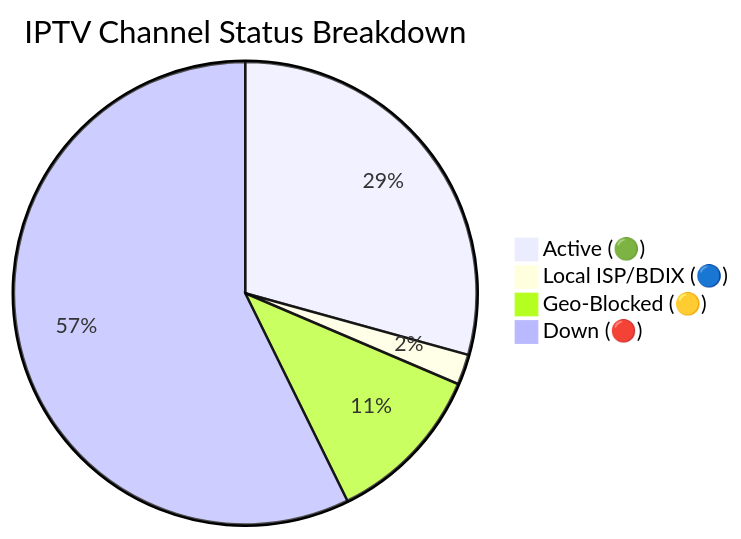
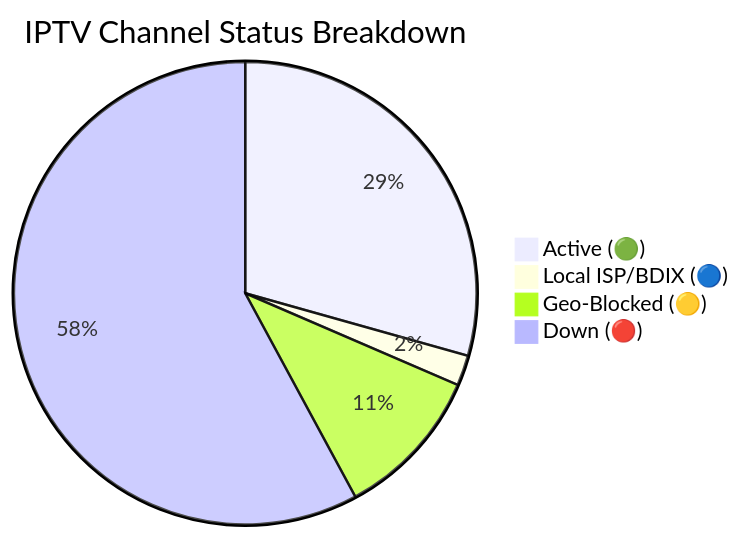
The diagram in README.md (andreataylord/Ip-tv-Collection), drawn with Mermaid before and after one commit. The commit also changed other lines of this file and 1 other file, not shown here.

Commit message:
docs(readme): auto-update daily channel status chart

````diff
--- a/README.md
+++ b/README.md
@@ -59,7 +59,7 @@
 ```mermaid
 pie title IPTV Channel Status Breakdown
-    "Active (🟢)" : 1765
+    "Active (🟢)" : 1769
     "Local ISP/BDIX (🔵)" : 128
-    "Geo-Blocked (🟡)" : 681
-    "Down (🔴)" : 3451
+    "Geo-Blocked (🟡)" : 640
+    "Down (🔴)" : 3488
 ```
````
